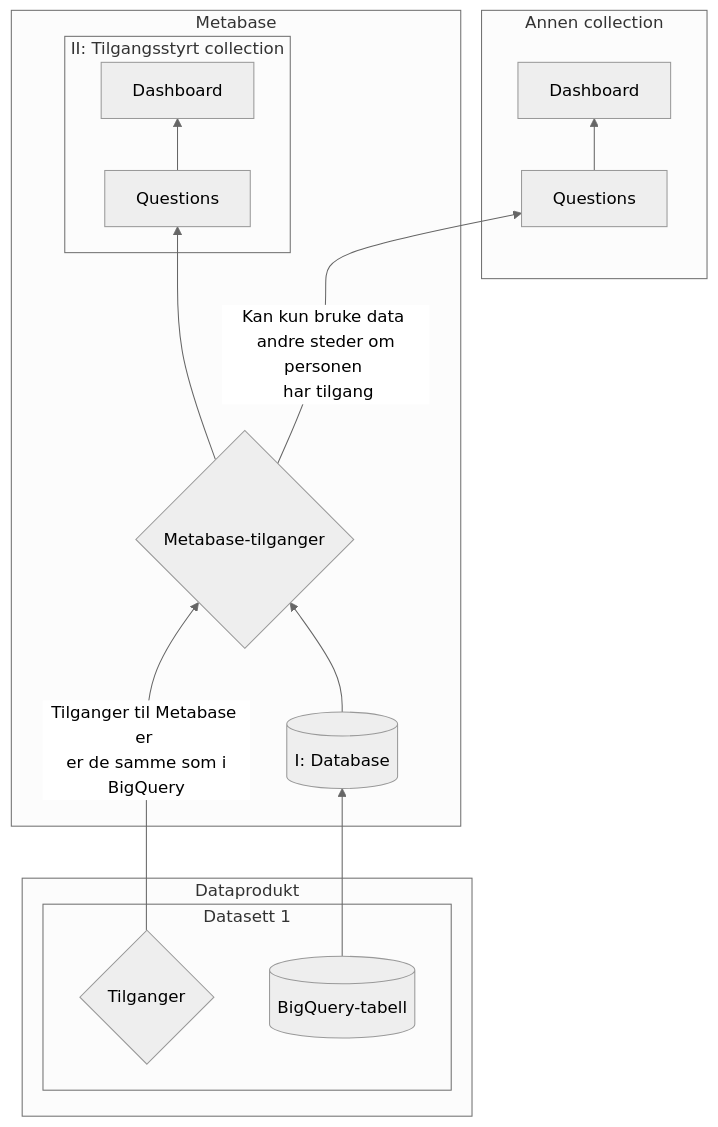
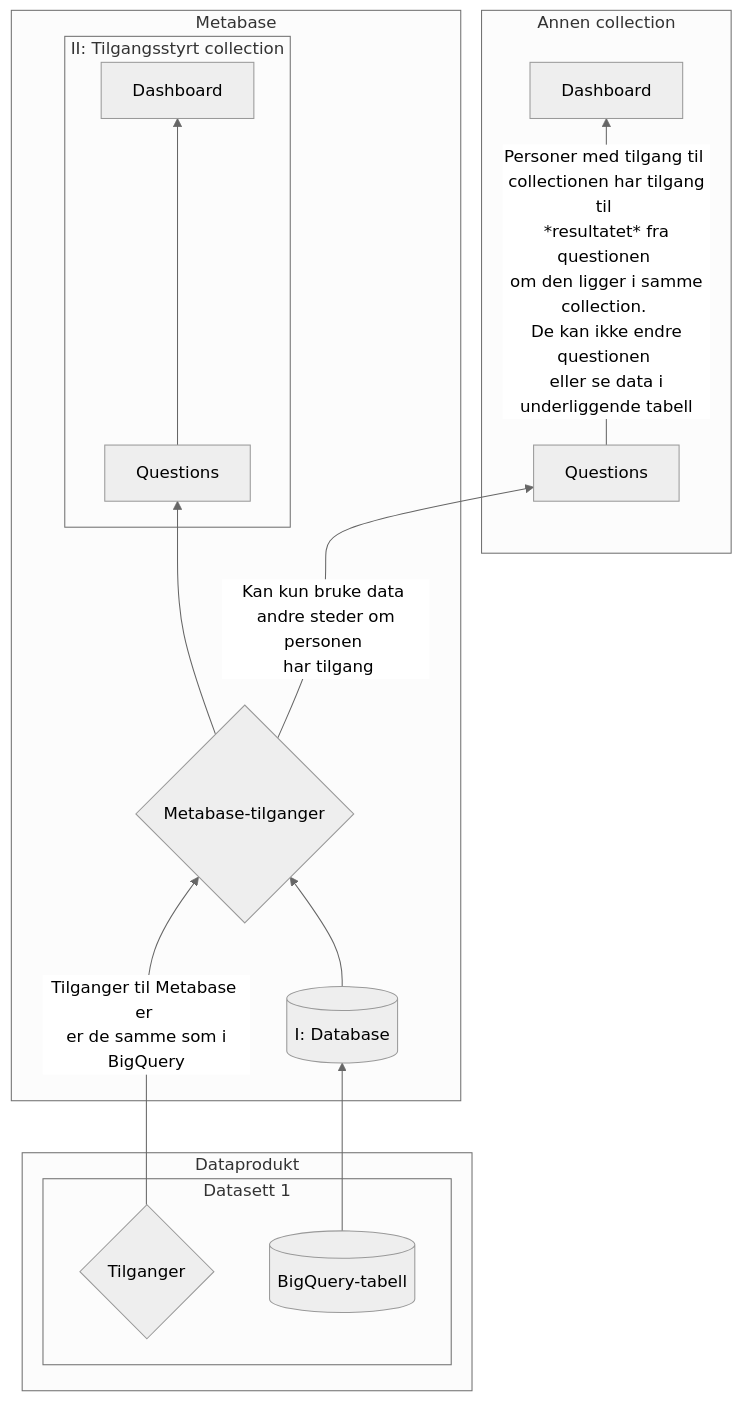
One commit to navikt/nada changed the diagram in docs/analyse/metabase.md. Above: the diagram before and after it, drawn with Mermaid (neutral theme).

Commit message:
La til forklarende tekst rundt tilganger til questions når de legges i andre collections

`````diff
--- a/docs/analyse/metabase.md
+++ b/docs/analyse/metabase.md
@@ -19,32 +19,32 @@
 ````mermaid
 flowchart BT
 subgraph Dataprodukt
 subgraph Datasett 1
 A{Tilganger}
 B[(BigQuery-tabell)]
 end
 end
 
 subgraph Metabase
 subgraph II: Tilgangsstyrt collection
 C[Dashboard]
 D[Questions]
 end
 E[(I: Database)]
 F{Metabase-tilganger}
 end
 
 subgraph Annen collection
 G[Questions]
 H[Dashboard]
 
 end
 
 A --Tilganger til Metabase er <br> er de samme som i BigQuery--> F
 B --> E
 F --> D
 D --> C
-G --> H
+G --Personer med tilgang til <br> collectionen har tilgang til <br> *resultatet* fra questionen <br> om den ligger i samme collection. <br> De kan ikke endre questionen <br> eller se data i underliggende tabell--> H
 E --> F
 F --Kan kun bruke data <br> andre steder om personen <br> har tilgang--> G
 ````
`````
